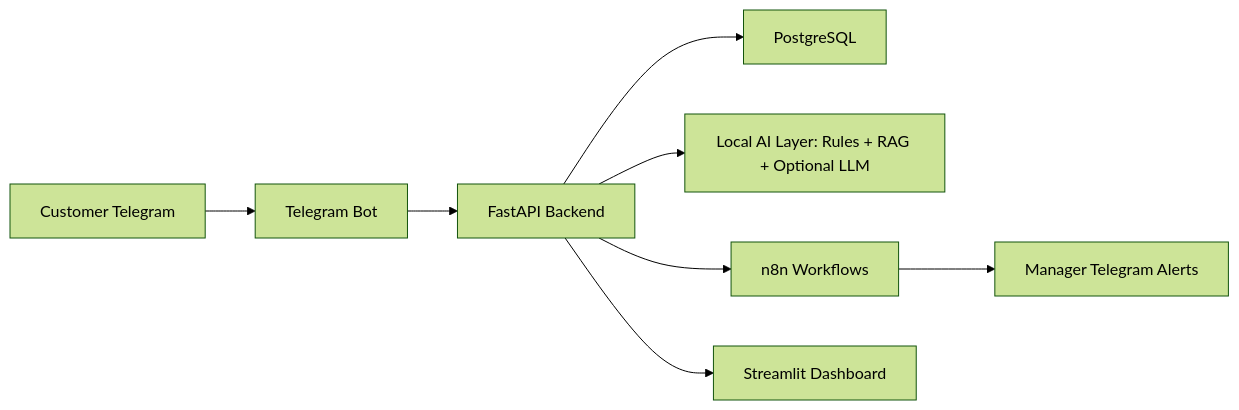
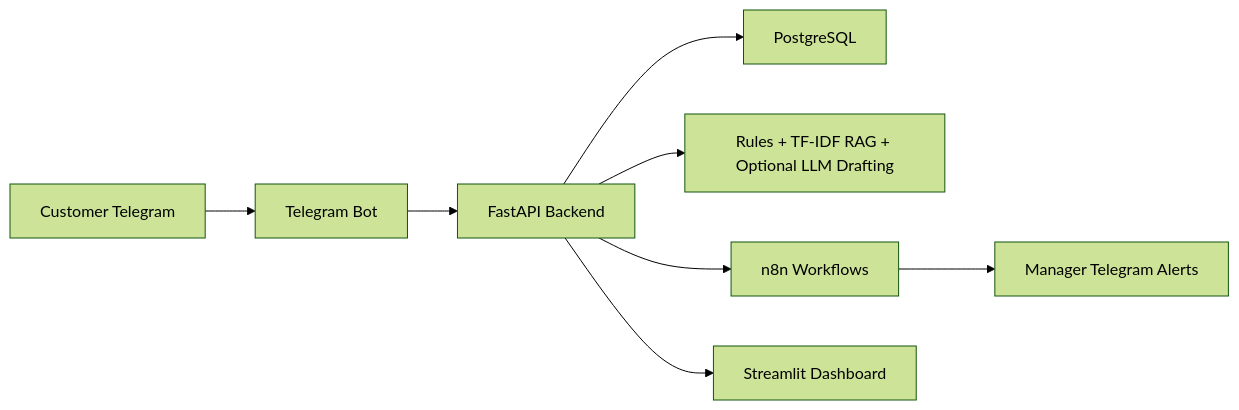
One commit to IlliaSator/E-commerce-Support-Automation changed the diagram in README.md. Above: the diagram before and after it, drawn with Mermaid (forest theme). The commit also changed other lines of this file and 13 other files, not shown here.

````diff
--- a/README.md
+++ b/README.md
@@ -11,10 +29,10 @@
 ```mermaid
 flowchart LR
     Customer["Customer Telegram"] --> Bot["Telegram Bot"]
     Bot --> API["FastAPI Backend"]
     API --> DB["PostgreSQL"]
-    API --> AI["Local AI Layer: Rules + RAG + Optional LLM"]
+    API --> AI["Rules + TF-IDF RAG + Optional LLM Drafting"]
     API --> N8N["n8n Workflows"]
     N8N --> Manager["Manager Telegram Alerts"]
     API --> Dashboard["Streamlit Dashboard"]
 ```
````
